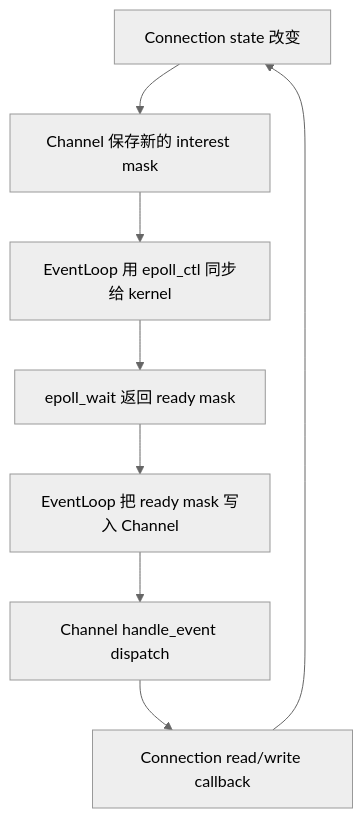
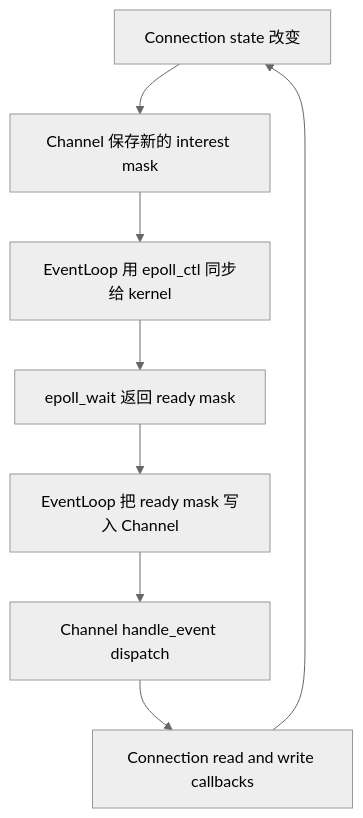
The second of 4 diagrams in week10/day2/day2.md (FxorG00/system-learning-notes), drawn with Mermaid (neutral theme) before and after one commit. The commit also changed other lines of this file and 1 other file, not shown here.

Commit message:
Fix Day2 Mermaid compatibility

````diff
--- a/week10/day2/day2.md
+++ b/week10/day2/day2.md
@@ -393,10 +393,10 @@
 ```mermaid
 flowchart TD
-    A[Connection state 改变] --> B[Channel 保存新的 interest mask]
-    B --> C[EventLoop 用 epoll_ctl 同步给 kernel]
-    C --> D[epoll_wait 返回 ready mask]
-    D --> E[EventLoop 把 ready mask 写入 Channel]
-    E --> F[Channel handle_event dispatch]
-    F --> G[Connection read/write callback]
+    A["Connection state 改变"] --> B["Channel 保存新的 interest mask"]
+    B --> C["EventLoop 用 epoll_ctl 同步给 kernel"]
+    C --> D["epoll_wait 返回 ready mask"]
+    D --> E["EventLoop 把 ready mask 写入 Channel"]
+    E --> F["Channel handle_event dispatch"]
+    F --> G["Connection read and write callbacks"]
     G --> A
 ```
````
